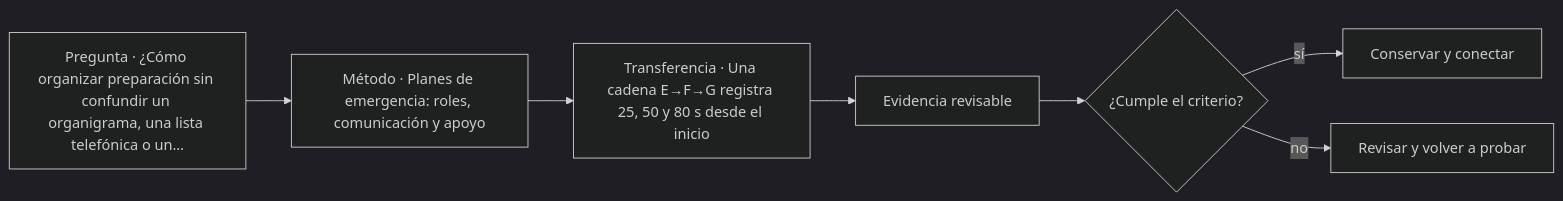
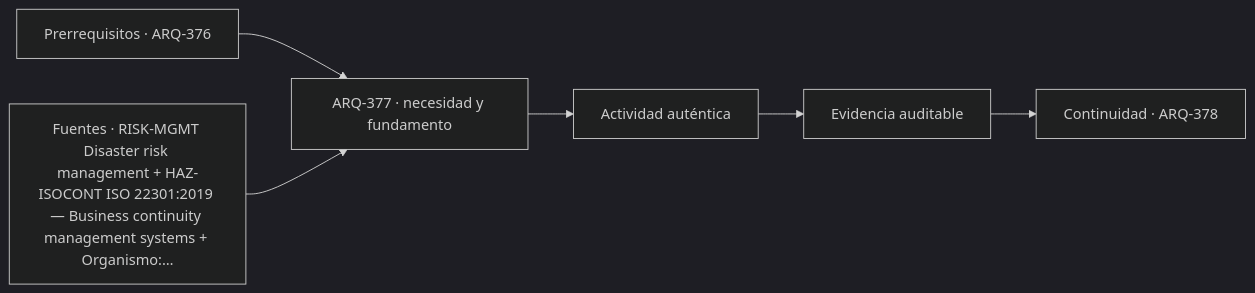
The diagram in classes/parte-38/ARQ-377.md (vladimiracunadev-create/architecture-built-environment-learning-program), drawn with Mermaid (dark theme) before and after one commit. The commit also changed other lines of this file and 761 other files, not shown here.

````diff
--- a/classes/parte-38/ARQ-377.md
+++ b/classes/parte-38/ARQ-377.md
@@ -101,9 +113,8 @@
 ```mermaid
 flowchart LR
-    Q["Pregunta · ¿Cómo organizar preparación sin confundir un organigrama, una lista telefónica o un…"] --> M["Método · Planes de emergencia: roles, comunicación y apoyo"]
-    M --> P["Transferencia · Una cadena E→F→G registra 25, 50 y 80 s desde el inicio"]
-    P --> E["Evidencia revisable"]
-    E --> C{"¿Cumple el criterio?"}
-    C -->|sí| T["Conservar y conectar"]
-    C -->|no| R["Revisar y volver a probar"]
+    A["Prerrequisitos · ARQ-376"] --> B["ARQ-377 · necesidad y fundamento"]
+    S["Fuentes · RISK-MGMT Disaster risk management + HAZ-ISOCONT ISO 22301:2019 — Business continuity management systems + Organismo:…"] --> B
+    B --> C["Actividad auténtica"]
+    C --> D["Evidencia auditable"]
+    D --> E["Continuidad · ARQ-378"]
 ```
````
